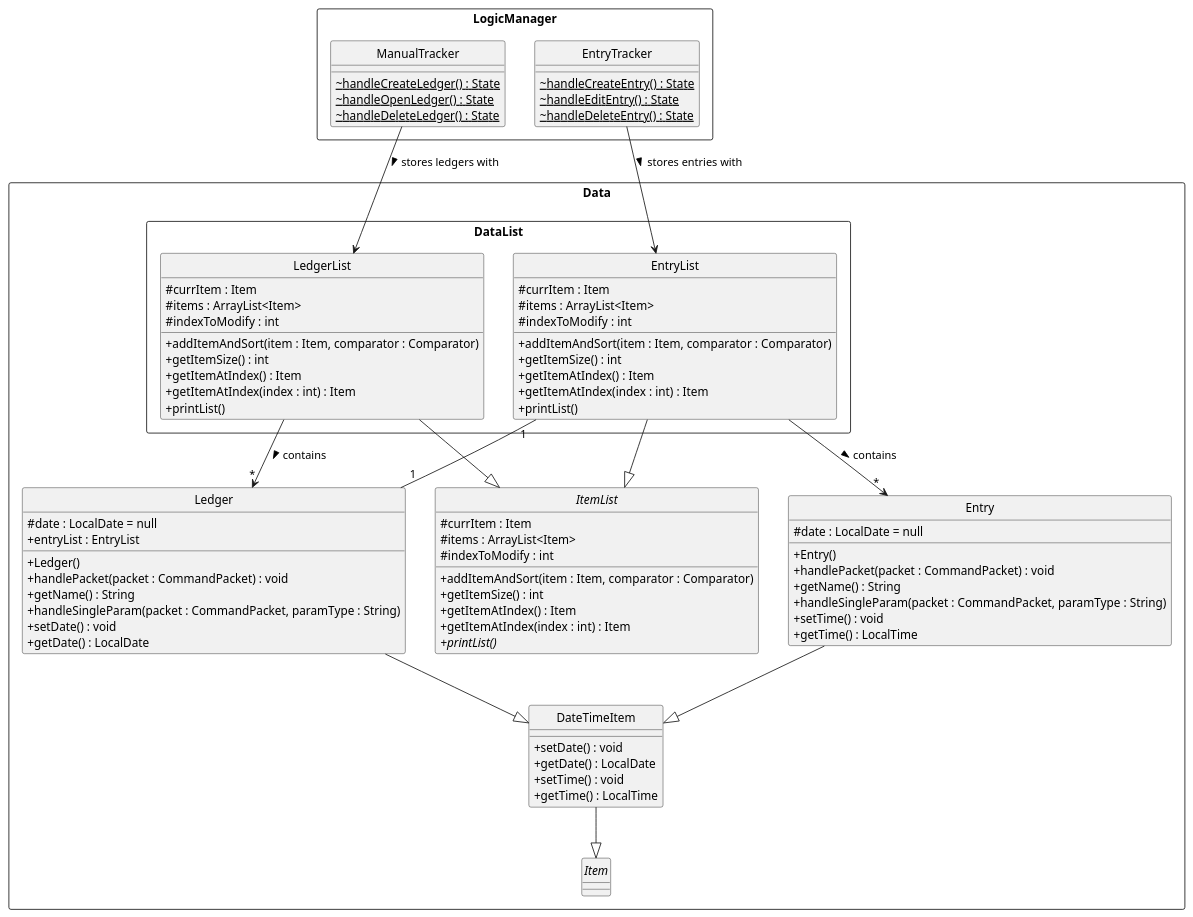
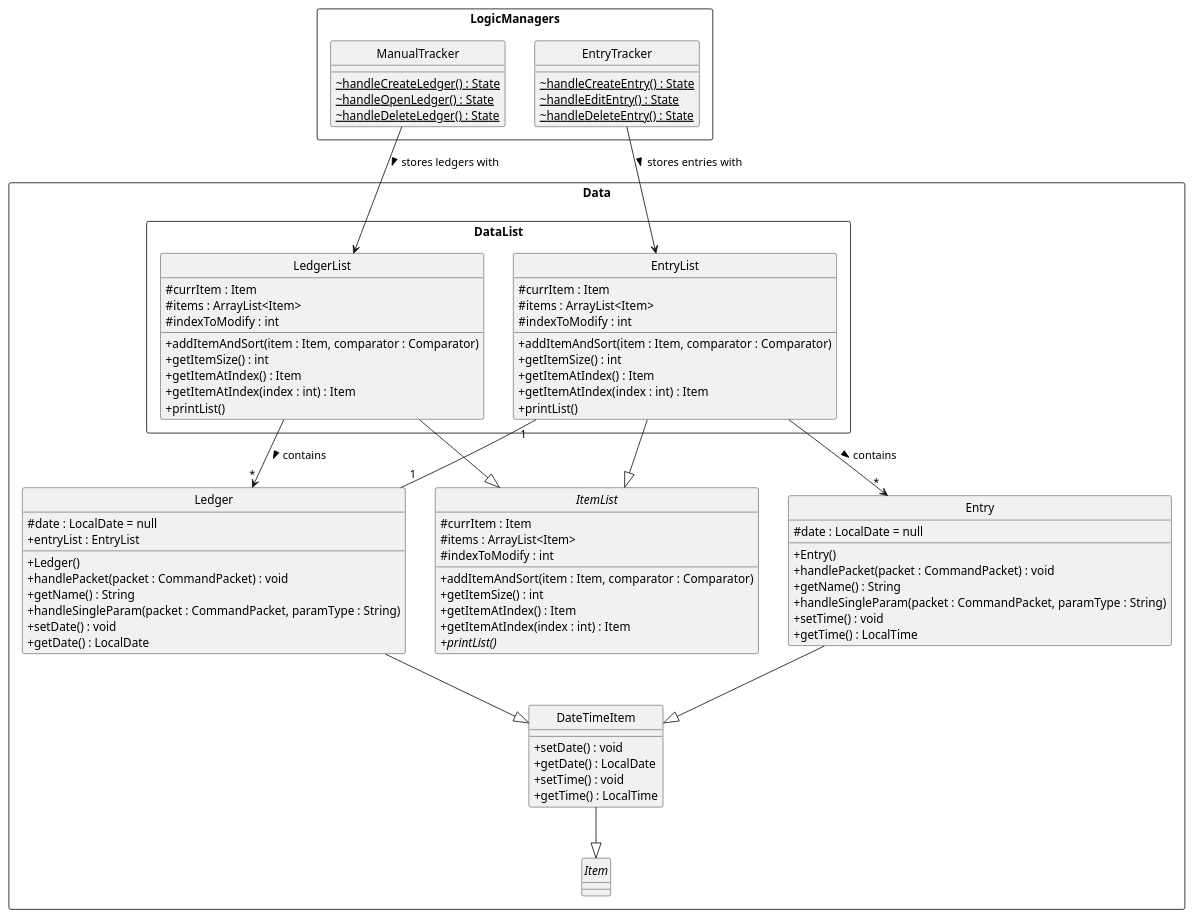
Before and after one commit to nus-cs2113-AY2021S1/tp: the diagram in docs/uml_images/manualTracker/Handler_Data.puml, drawn with PlantUML. The commit also changed 32 other files, not shown here.

```diff
--- a/docs/uml_images/manualTracker/Handler_Data.puml
+++ b/docs/uml_images/manualTracker/Handler_Data.puml
@@ -1,115 +1,115 @@
 @startuml
 hide circle
 skinparam classAttributeIconSize 0
 skinparam BoxPadding 50
 skinparam shadowing false
 
 
 skinparam package<<Layout>> {
   borderColor Transparent
   backgroundColor Transparent
   fontColor Transparent
   stereotypeFontColor Transparent
 }
 
 
 rectangle Data {
     class DateTimeItem {
         + setDate() : void
         + getDate() : LocalDate
         + setTime() : void
         + getTime() : LocalTime
     }
 
     abstract class Item {
     }
 
     abstract class ItemList {
         # currItem : Item
         # items : ArrayList<Item>
         # indexToModify : int
 
         + addItemAndSort(item : Item, comparator : Comparator)
         + getItemSize() : int
         + getItemAtIndex() : Item
         + getItemAtIndex(index : int) : Item
         + {abstract} printList()
     }
     rectangle DataList {
         class LedgerList {
             # currItem : Item
             # items : ArrayList<Item>
             # indexToModify : int
 
             + addItemAndSort(item : Item, comparator : Comparator)
             + getItemSize() : int
             + getItemAtIndex() : Item
             + getItemAtIndex(index : int) : Item
             + printList()
         }
 
         class EntryList {
             # currItem : Item
             # items : ArrayList<Item>
             # indexToModify : int
 
             + addItemAndSort(item : Item, comparator : Comparator)
             + getItemSize() : int
             + getItemAtIndex() : Item
             + getItemAtIndex(index : int) : Item
             + printList()
         }
     }
 
     class Ledger {
         # date : LocalDate = null
         + entryList : EntryList
         + Ledger()
         + handlePacket(packet : CommandPacket) : void
         + getName() : String
         + handleSingleParam(packet : CommandPacket, paramType : String)
         + setDate() : void
         + getDate() : LocalDate
     }
 
     class Entry {
         # date : LocalDate = null
         + Entry()
         + handlePacket(packet : CommandPacket) : void
         + getName() : String
         + handleSingleParam(packet : CommandPacket, paramType : String)
         + setTime() : void
         + getTime() : LocalTime
     }
 
 
     DateTimeItem --|> Item
     Ledger --|> DateTimeItem
     Entry --|> DateTimeItem
     LedgerList --|> ItemList
     EntryList --|> ItemList
     Ledger "1" -- "1" EntryList
     LedgerList --> "*" Ledger : contains >
     EntryList --> "*" Entry : contains >
     EntryList -[hidden]- Entry
 
 }
 
-rectangle LogicManager {
+rectangle LogicManagers {
     class ManualTracker {
         ~ {static} handleCreateLedger() : State
         ~ {static} handleOpenLedger() : State
         ~ {static} handleDeleteLedger() : State
     }
 
     class EntryTracker {
         ~ {static} handleCreateEntry() : State
         ~ {static} handleEditEntry() : State
         ~ {static} handleDeleteEntry() : State
     }
 
     EntryTracker --> EntryList : stores entries with >
     ManualTracker --> LedgerList : stores ledgers with >
 }
 
 @enduml
```
